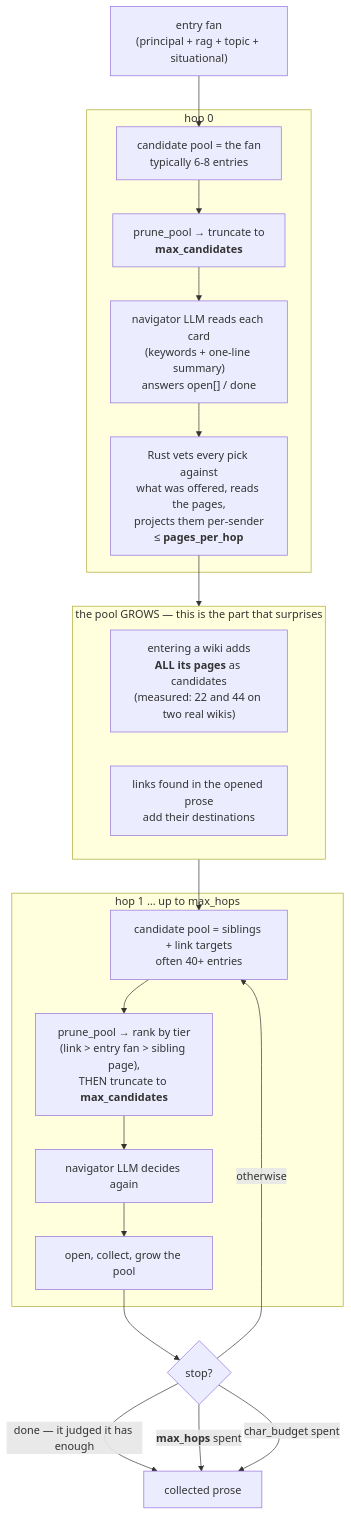
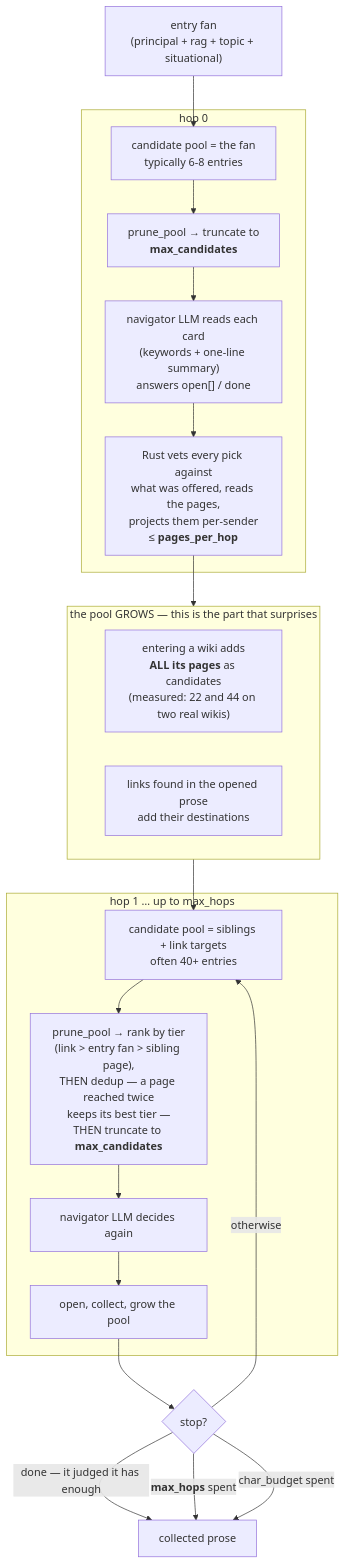
One commit to Fr4nZ82/mwe-mcp changed the second of 2 diagrams in docs/design-notes/recall-pipeline.md. Above: the diagram before and after it, drawn with Mermaid. The commit also changed other lines of this file and 3 other files, not shown here.

````diff
--- a/docs/design-notes/recall-pipeline.md
+++ b/docs/design-notes/recall-pipeline.md
@@ -52,33 +52,33 @@
 ```mermaid
 flowchart TB
     FAN["entry fan<br/>(principal + rag + topic + situational)"] --> POOL0
 
     subgraph H0["hop 0"]
         POOL0["candidate pool = the fan<br/>typically 6-8 entries"]
         POOL0 --> PRUNE0["prune_pool → truncate to<br/><b>max_candidates</b>"]
         PRUNE0 --> LLM0["navigator LLM reads each card<br/>(keywords + one-line summary)<br/>answers open[] / done"]
         LLM0 --> OPEN0["Rust vets every pick against<br/>what was offered, reads the pages,<br/>projects them per-sender<br/>≤ <b>pages_per_hop</b>"]
     end
 
     OPEN0 --> GROW
 
     subgraph GROW["the pool GROWS — this is the part that surprises"]
         G1["entering a wiki adds<br/><b>ALL its pages</b> as candidates<br/>(measured: 22 and 44 on two real wikis)"]
         G2["links found in the opened prose<br/>add their destinations"]
     end
 
     GROW --> POOL1
 
     subgraph H1["hop 1 … up to max_hops"]
         POOL1["candidate pool = siblings + link targets<br/>often 40+ entries"]
-        POOL1 --> PRUNE1["prune_pool → rank by tier<br/>(link > entry fan > sibling page),<br/>THEN truncate to <b>max_candidates</b>"]
+        POOL1 --> PRUNE1["prune_pool → rank by tier<br/>(link &gt; entry fan &gt; sibling page),<br/>THEN dedup — a page reached twice<br/>keeps its best tier —<br/>THEN truncate to <b>max_candidates</b>"]
         PRUNE1 --> LLM1["navigator LLM decides again"]
         LLM1 --> OPEN1["open, collect, grow the pool"]
     end
 
     OPEN1 --> STOP{"stop?"}
     STOP -->|"done — it judged it has enough"| OUT["collected prose"]
     STOP -->|"<b>max_hops</b> spent"| OUT
     STOP -->|"char_budget spent"| OUT
     STOP -->|"otherwise"| POOL1
 ```
````
